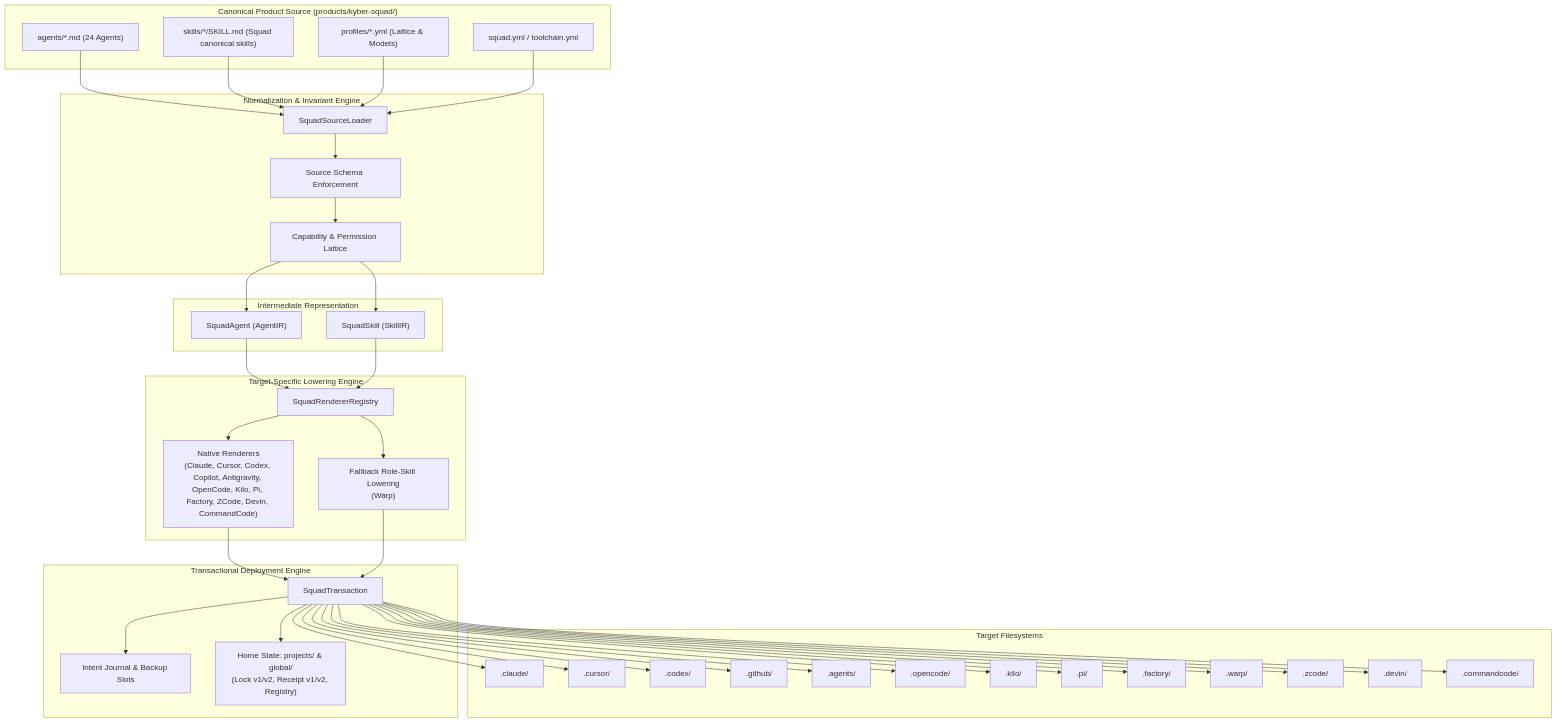
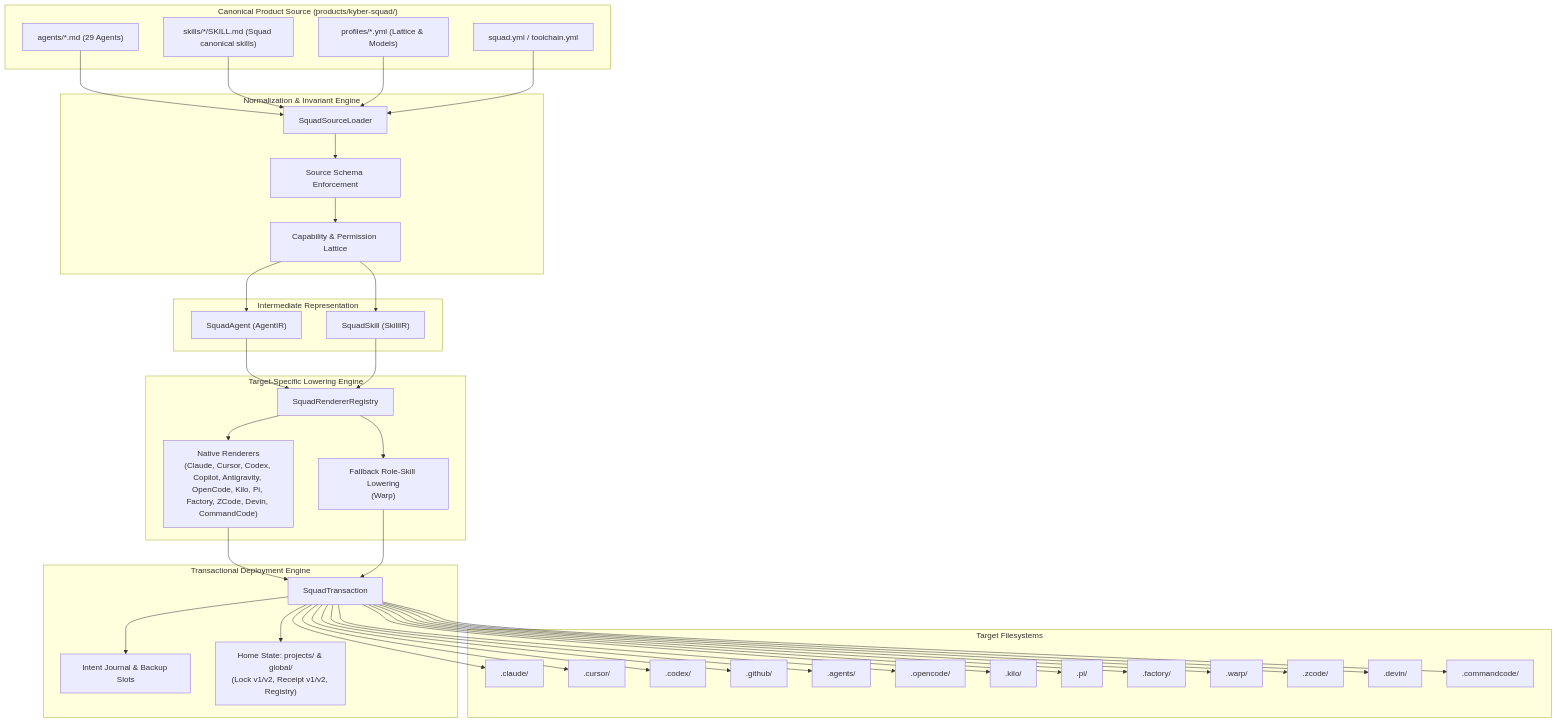
The first of 7 diagrams in docs/kyber-squad/architecture.md (dpalfery/kyber-weave), drawn with Mermaid before and after one commit. The commit also changed other lines of this file and 10 other files, not shown here.

````diff
--- a/docs/kyber-squad/architecture.md
+++ b/docs/kyber-squad/architecture.md
@@ -109,7 +109,7 @@
 ```mermaid
 flowchart TD
     subgraph Canonical["Canonical Product Source (products/kyber-squad/)"]
-        Agents["agents/*.md (24 Agents)"]
+        Agents["agents/*.md (29 Agents)"]
         Skills["skills/*/SKILL.md (Squad canonical skills)"]
         Profiles["profiles/*.yml (Lattice & Models)"]
         Catalog["squad.yml / toolchain.yml"]
````
